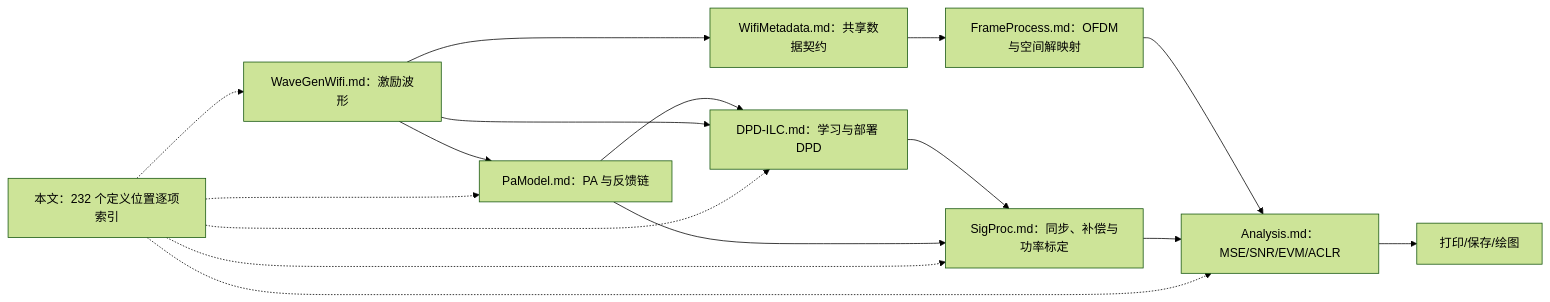
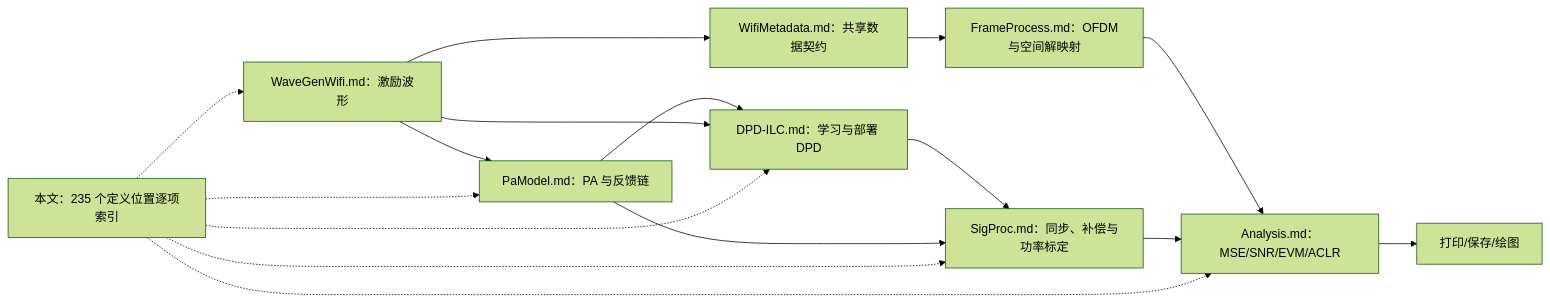
Before and after one commit to niyilu45/DPD_ILC: the diagram in doc/FunctionPrinciples.md, drawn with Mermaid (forest theme). The commit also changed other lines of this file and 7 other files, not shown here.

````diff
--- a/doc/FunctionPrinciples.md
+++ b/doc/FunctionPrinciples.md
@@ -20,18 +20,18 @@
 ```mermaid
 flowchart LR
     wave["WaveGenWifi.md：激励波形"] --> pa["PaModel.md：PA 与反馈链"]
     pa --> ilc["DPD-ILC.md：学习与部署 DPD"]
     wave --> ilc
     ilc --> sync["SigProc.md：同步、补偿与功率标定"]
     wave --> metadata["WifiMetadata.md：共享数据契约"]
     metadata --> frame["FrameProcess.md：OFDM与空间解映射"]
     frame --> analysis
     pa --> sync
     sync --> analysis["Analysis.md：MSE/SNR/EVM/ACLR"]
     analysis --> report["打印/保存/绘图"]
-    audit["本文：232 个定义位置逐项索引"] -.-> wave
+    audit["本文：235 个定义位置逐项索引"] -.-> wave
     audit -.-> pa
     audit -.-> ilc
     audit -.-> sync
     audit -.-> analysis
 ```
````
